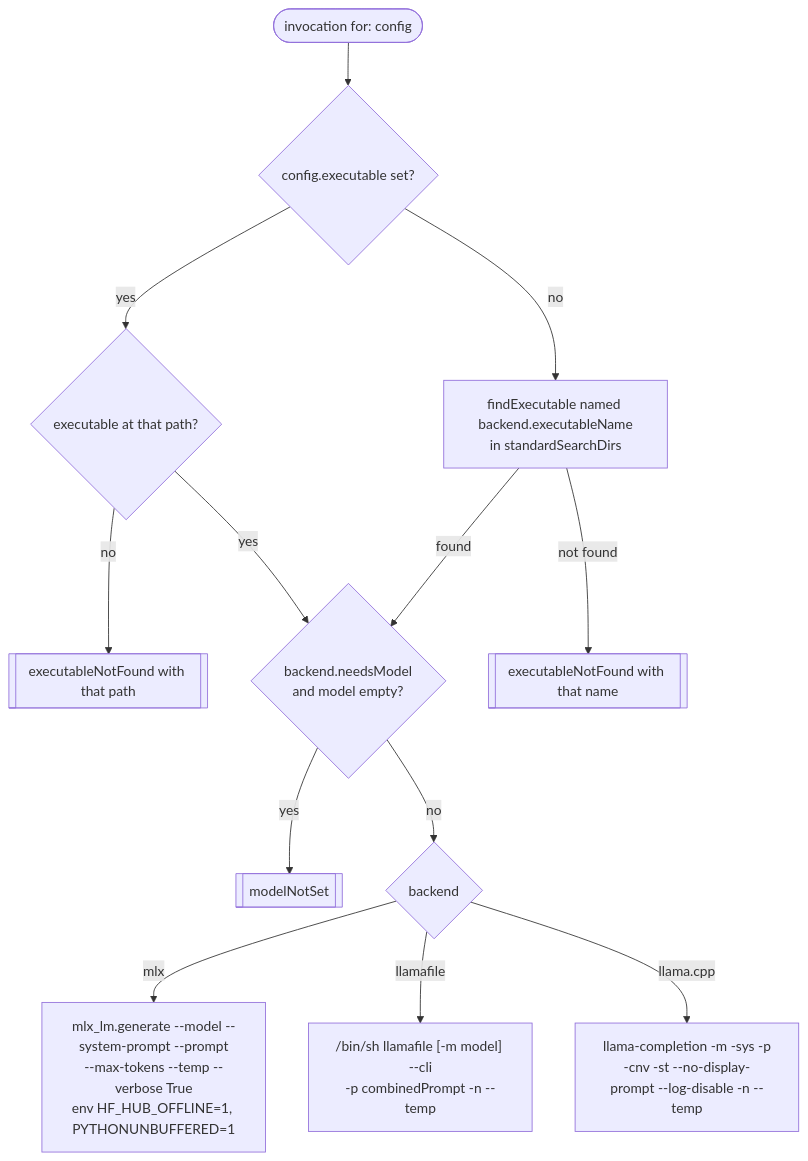
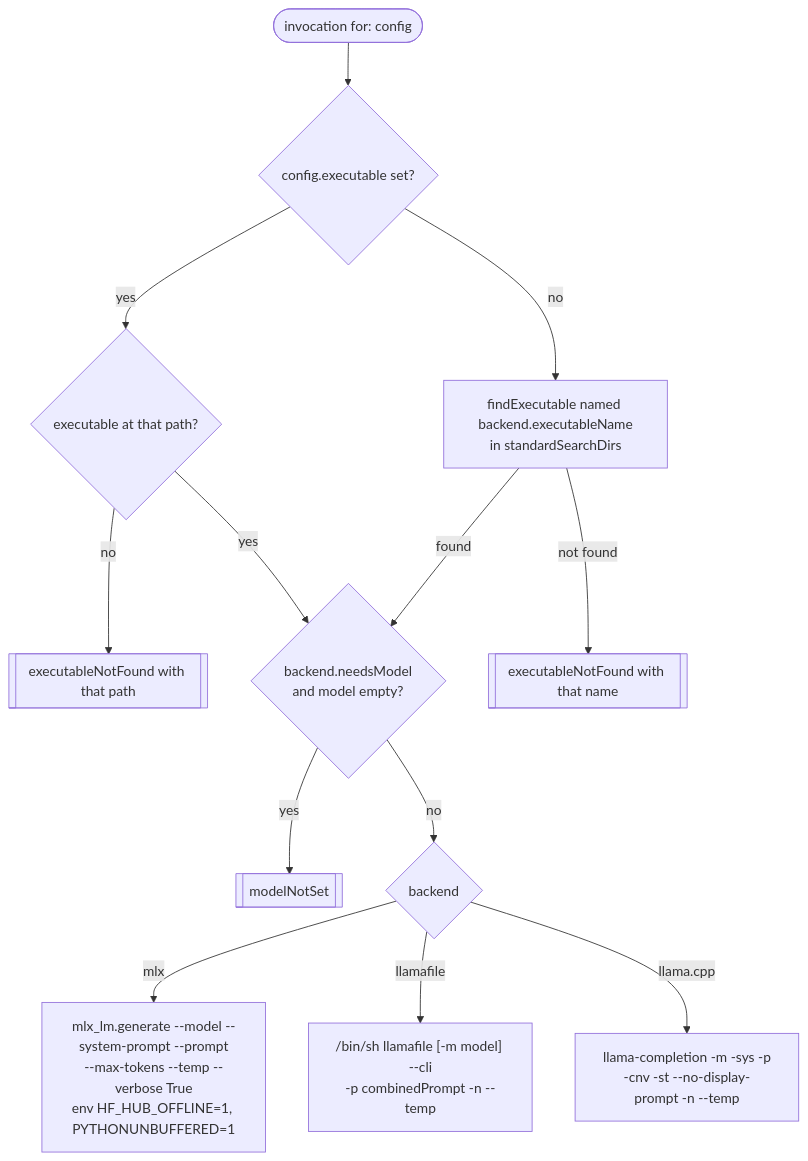
Before and after one commit to jdgiles26/prompt-menu: the fourth of 16 diagrams in docs/FLOW_MAPS.md, drawn with Mermaid. The commit also changed other lines of this file and 30 other files, not shown here.

````diff
--- a/docs/FLOW_MAPS.md
+++ b/docs/FLOW_MAPS.md
@@ -94,15 +94,15 @@
 ```mermaid
 flowchart TD
     S([invocation for: config]) --> P{config.executable set?}
     P -- yes --> PX{executable at that path?}
     PX -- no --> E1[[executableNotFound with that path]]
     PX -- yes --> M
     P -- no --> F[findExecutable named backend.executableName<br/>in standardSearchDirs]
     F -- not found --> E2[[executableNotFound with that name]]
     F -- found --> M{backend.needsModel<br/>and model empty?}
     M -- yes --> E3[[modelNotSet]]
     M -- no --> B{backend}
     B -- mlx --> MLX["mlx_lm.generate --model --system-prompt --prompt<br/>--max-tokens --temp --verbose True<br/>env HF_HUB_OFFLINE=1, PYTHONUNBUFFERED=1"]
     B -- llamafile --> LF["/bin/sh llamafile [-m model] --cli<br/>-p combinedPrompt -n --temp"]
-    B -- llama.cpp --> LC["llama-completion -m -sys -p<br/>-cnv -st --no-display-prompt --log-disable -n --temp"]
+    B -- llama.cpp --> LC["llama-completion -m -sys -p<br/>-cnv -st --no-display-prompt -n --temp"]
 ```
````
